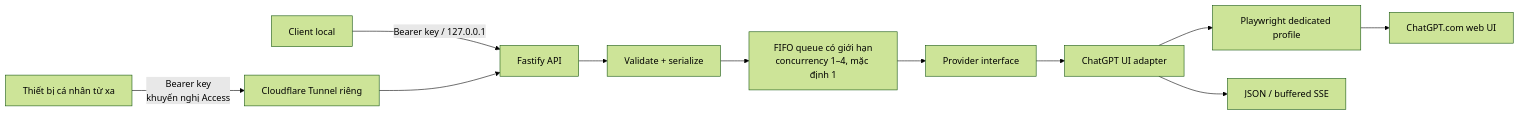
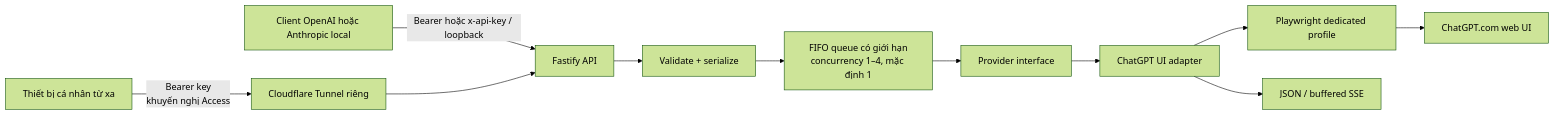
Before and after one commit to tang-vu/tab2api: the diagram in README_VI.md, drawn with Mermaid (forest theme). The commit also changed other lines of this file and 16 other files, not shown here.

````diff
--- a/README_VI.md
+++ b/README_VI.md
@@ -16,13 +16,13 @@
 ```mermaid
 flowchart LR
-    C[Client local] -->|Bearer key / 127.0.0.1| A[Fastify API]
+    C[Client OpenAI hoặc Anthropic local] -->|Bearer hoặc x-api-key / loopback| A[Fastify API]
     R[Thiết bị cá nhân từ xa] -->|Bearer key<br/>khuyến nghị Access| F[Cloudflare Tunnel riêng]
     F --> A
     A --> V[Validate + serialize]
     V --> Q[FIFO queue có giới hạn<br/>concurrency 1–4, mặc định 1]
     Q --> P[Provider interface]
     P --> G[ChatGPT UI adapter]
     G --> U[Playwright dedicated profile]
     U --> W[ChatGPT.com web UI]
     G --> M[JSON / buffered SSE]
 ```
````
